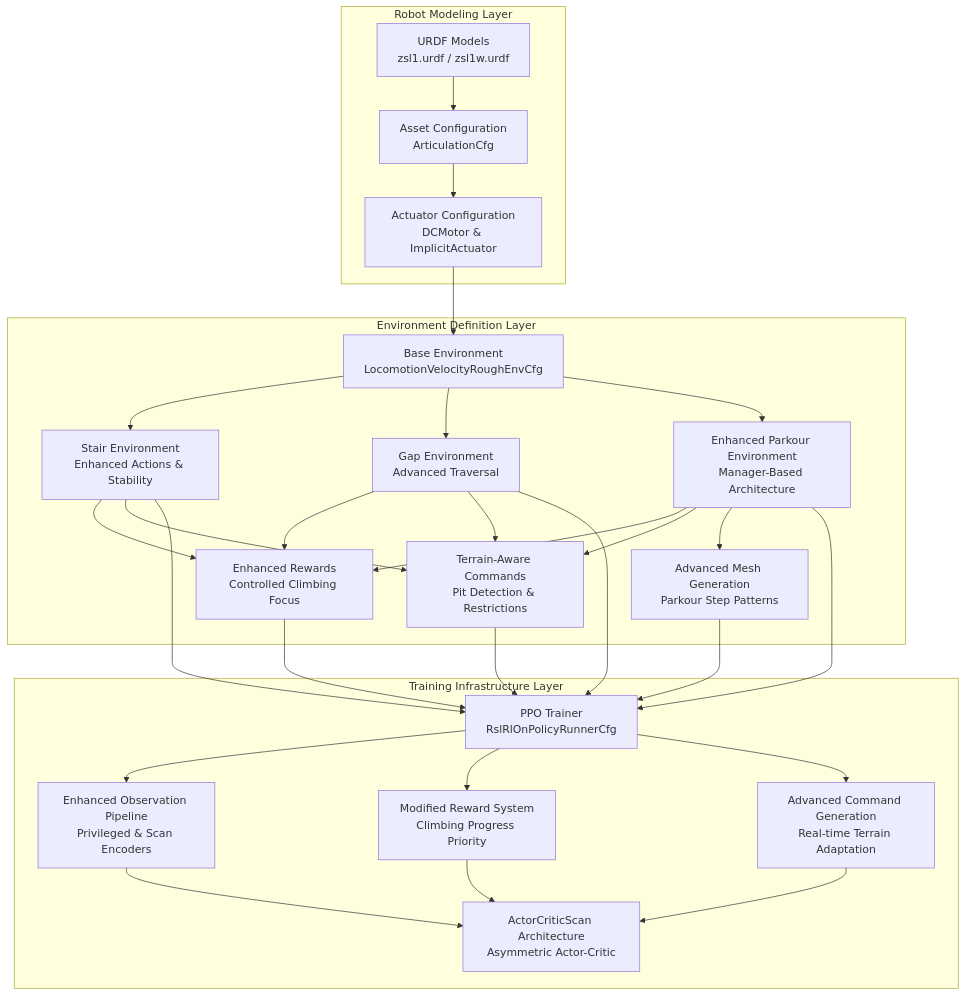
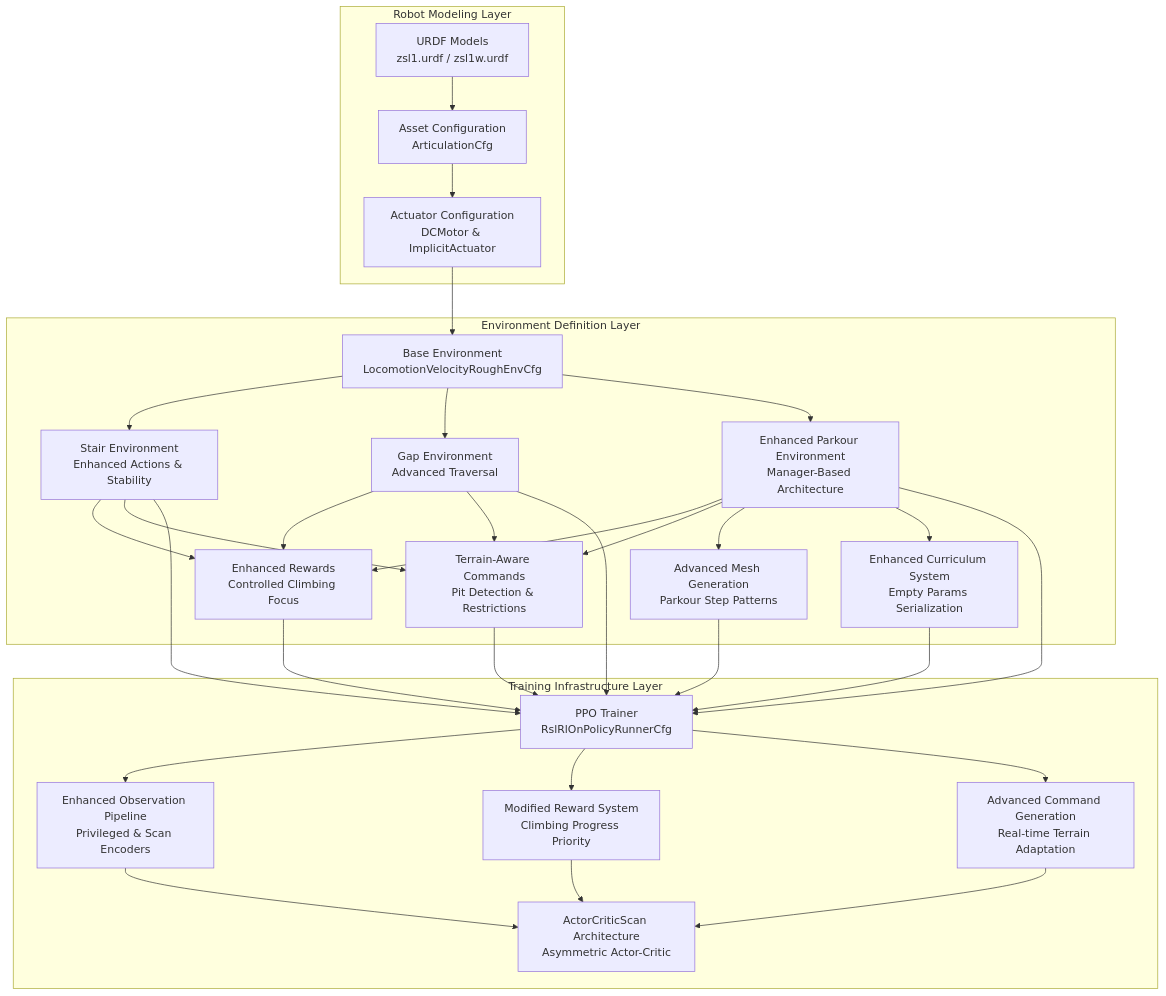
Before and after one commit to jayjayhust/robot_lab: the second of 18 diagrams in .qoder/repowiki/en/content/ZSIBOT ZSL1 Stair Climbing Configuration.md, drawn with Mermaid. The commit also changed other lines of this file and 168 other files, not shown here.

````diff
--- a/.qoder/repowiki/en/content/ZSIBOT ZSL1 Stair Climbing Configuration.md
+++ b/.qoder/repowiki/en/content/ZSIBOT ZSL1 Stair Climbing Configuration.md
@@ -197,49 +199,52 @@
 ```mermaid
 graph TB
 subgraph "Robot Modeling Layer"
 URDF_MODEL["URDF Models<br/>zsl1.urdf / zsl1w.urdf"]
 ASSET_CONFIG["Asset Configuration<br/>ArticulationCfg"]
 ACTUATOR_CONFIG["Actuator Configuration<br/>DCMotor & ImplicitActuator"]
 end
 subgraph "Environment Definition Layer"
 BASE_ENV["Base Environment<br/>LocomotionVelocityRoughEnvCfg"]
 STAIR_ENV["Stair Environment<br/>Enhanced Actions & Stability"]
 GAP_ENV["Gap Environment<br/>Advanced Traversal"]
 PARKOUR_ENV["Enhanced Parkour Environment<br/>Manager-Based Architecture"]
 ENHANCED_REWARDS["Enhanced Rewards<br/>Controlled Climbing Focus"]
 TERRAIN_COMMANDS["Terrain-Aware Commands<br/>Pit Detection & Restrictions"]
 MESH_GENERATION["Advanced Mesh Generation<br/>Parkour Step Patterns"]
+CURRICULUM_SYSTEM["Enhanced Curriculum System<br/>Empty Params Serialization"]
 end
 subgraph "Training Infrastructure Layer"
 PPO_TRAINER["PPO Trainer<br/>RslRlOnPolicyRunnerCfg"]
 OBSERVATION["Enhanced Observation Pipeline<br/>Privileged & Scan Encoders"]
 REWARD_SYSTEM["Modified Reward System<br/>Climbing Progress Priority"]
 COMMAND_GENERATION["Advanced Command Generation<br/>Real-time Terrain Adaptation"]
 NEURAL_NETWORK["ActorCriticScan Architecture<br/>Asymmetric Actor-Critic"]
 end
 URDF_MODEL --> ASSET_CONFIG
 ASSET_CONFIG --> ACTUATOR_CONFIG
 ACTUATOR_CONFIG --> BASE_ENV
 BASE_ENV --> STAIR_ENV
 BASE_ENV --> GAP_ENV
 BASE_ENV --> PARKOUR_ENV
 STAIR_ENV --> ENHANCED_REWARDS
 GAP_ENV --> ENHANCED_REWARDS
 PARKOUR_ENV --> ENHANCED_REWARDS
 STAIR_ENV --> TERRAIN_COMMANDS
 GAP_ENV --> TERRAIN_COMMANDS
 PARKOUR_ENV --> TERRAIN_COMMANDS
 PARKOUR_ENV --> MESH_GENERATION
+PARKOUR_ENV --> CURRICULUM_SYSTEM
 ENHANCED_REWARDS --> PPO_TRAINER
 TERRAIN_COMMANDS --> PPO_TRAINER
 MESH_GENERATION --> PPO_TRAINER
+CURRICULUM_SYSTEM --> PPO_TRAINER
 STAIR_ENV --> PPO_TRAINER
 GAP_ENV --> PPO_TRAINER
 PARKOUR_ENV --> PPO_TRAINER
 PPO_TRAINER --> OBSERVATION
 PPO_TRAINER --> REWARD_SYSTEM
 PPO_TRAINER --> COMMAND_GENERATION
 OBSERVATION --> NEURAL_NETWORK
 REWARD_SYSTEM --> NEURAL_NETWORK
 COMMAND_GENERATION --> NEURAL_NETWORK
 ```
````
